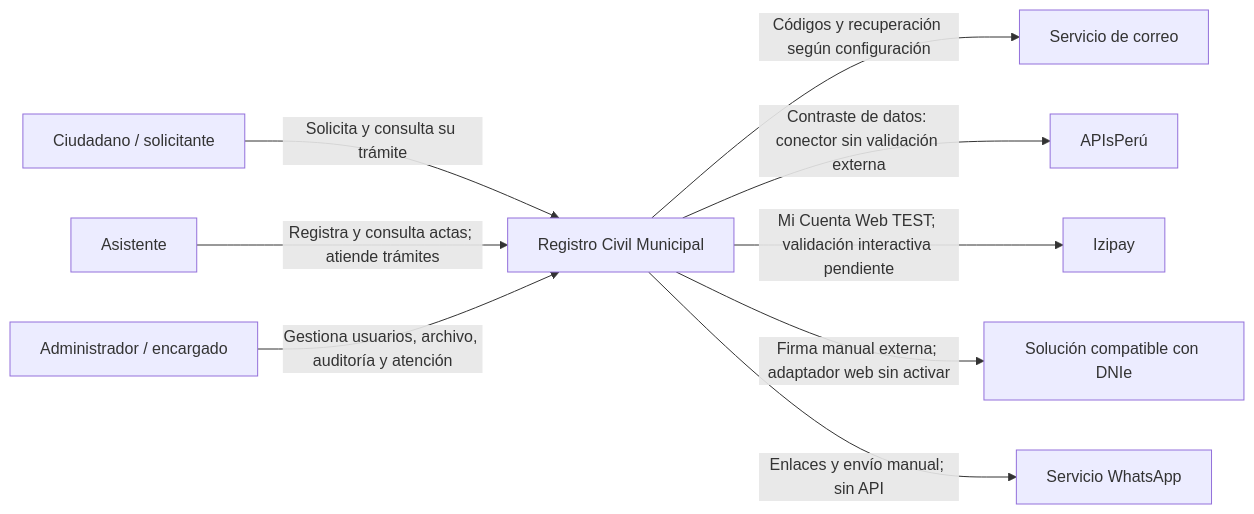
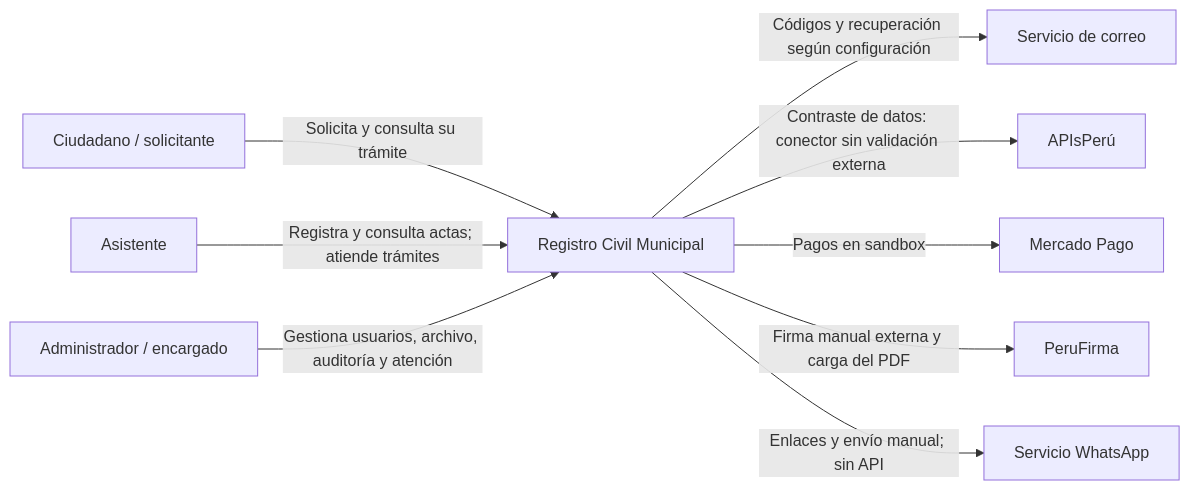
Before and after one commit to DeyviQC/RegistroCivil_arquiSoft_Quispe-02: the diagram in modelo-c4/Nivel1-DiagramadeContextodelSistema.md, drawn with Mermaid. The commit also changed other lines of this file and 18 other files, not shown here.

Commit message:
docs: corregir proveedor de pagos y firma

````diff
--- a/modelo-c4/Nivel1-DiagramadeContextodelSistema.md
+++ b/modelo-c4/Nivel1-DiagramadeContextodelSistema.md
@@ -18,11 +18,11 @@
 ```mermaid
 flowchart LR
     Ciudadano["Ciudadano / solicitante"] -->|"Solicita y consulta su trámite"| RC["Registro Civil Municipal"]
     Asistente["Asistente"] -->|"Registra y consulta actas; atiende trámites"| RC
     Administrador["Administrador / encargado"] -->|"Gestiona usuarios, archivo, auditoría y atención"| RC
     RC -->|"Códigos y recuperación según configuración"| Correo["Servicio de correo"]
     RC -->|"Contraste de datos: conector sin validación externa"| Datos["APIsPerú"]
-    RC -->|"Mi Cuenta Web TEST; validación interactiva pendiente"| Izipay["Izipay"]
-    RC -->|"Firma manual externa; adaptador web sin activar"| Firma["Solución compatible con DNIe"]
+    RC -->|"Pagos en sandbox"| MercadoPago["Mercado Pago"]
+    RC -->|"Firma manual externa y carga del PDF"| PeruFirma["PeruFirma"]
     RC -->|"Enlaces y envío manual; sin API"| WhatsApp["Servicio WhatsApp"]
 ```
````
